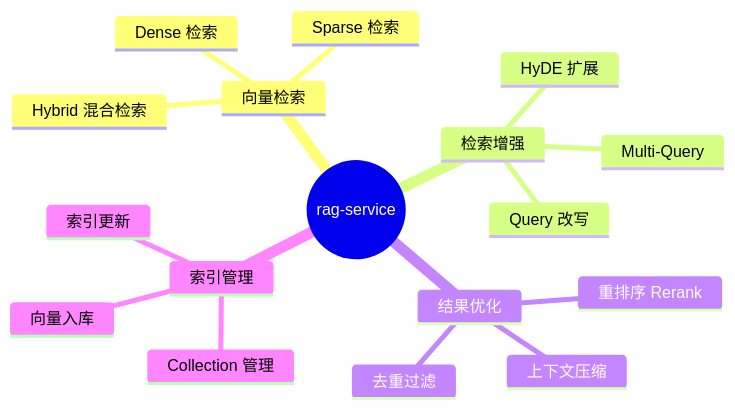
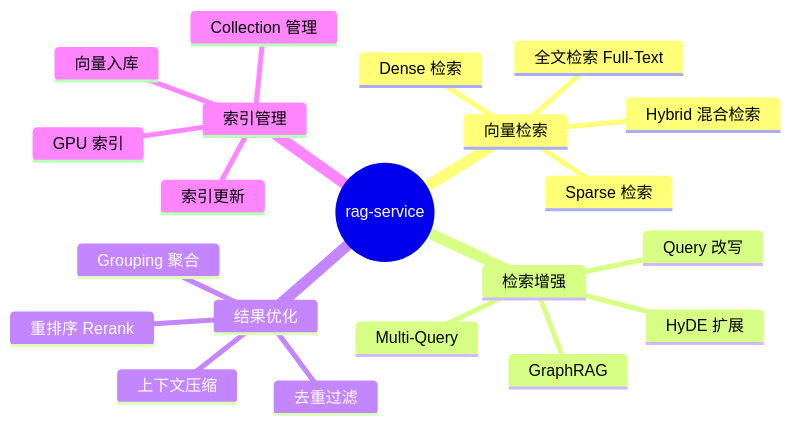
The first of 37 diagrams in 开发计划/服务设计/04-rag-service-design.md (hanwei808/ai-product-production-guide), drawn with Mermaid before and after one commit. The commit also changed other lines of this file and 6 other files, not shown here.

````diff
--- a/开发计划/服务设计/04-rag-service-design.md
+++ b/开发计划/服务设计/04-rag-service-design.md
@@ -13,20 +14,24 @@
 ```mermaid
 mindmap
   root((rag-service))
     向量检索
       Dense 检索
       Sparse 检索
       Hybrid 混合检索
+      全文检索 Full-Text
     检索增强
       Query 改写
       HyDE 扩展
       Multi-Query
+      GraphRAG
     结果优化
       重排序 Rerank
       上下文压缩
       去重过滤
+      Grouping 聚合
     索引管理
       Collection 管理
       索引更新
       向量入库
+      GPU 索引
 ```
````
